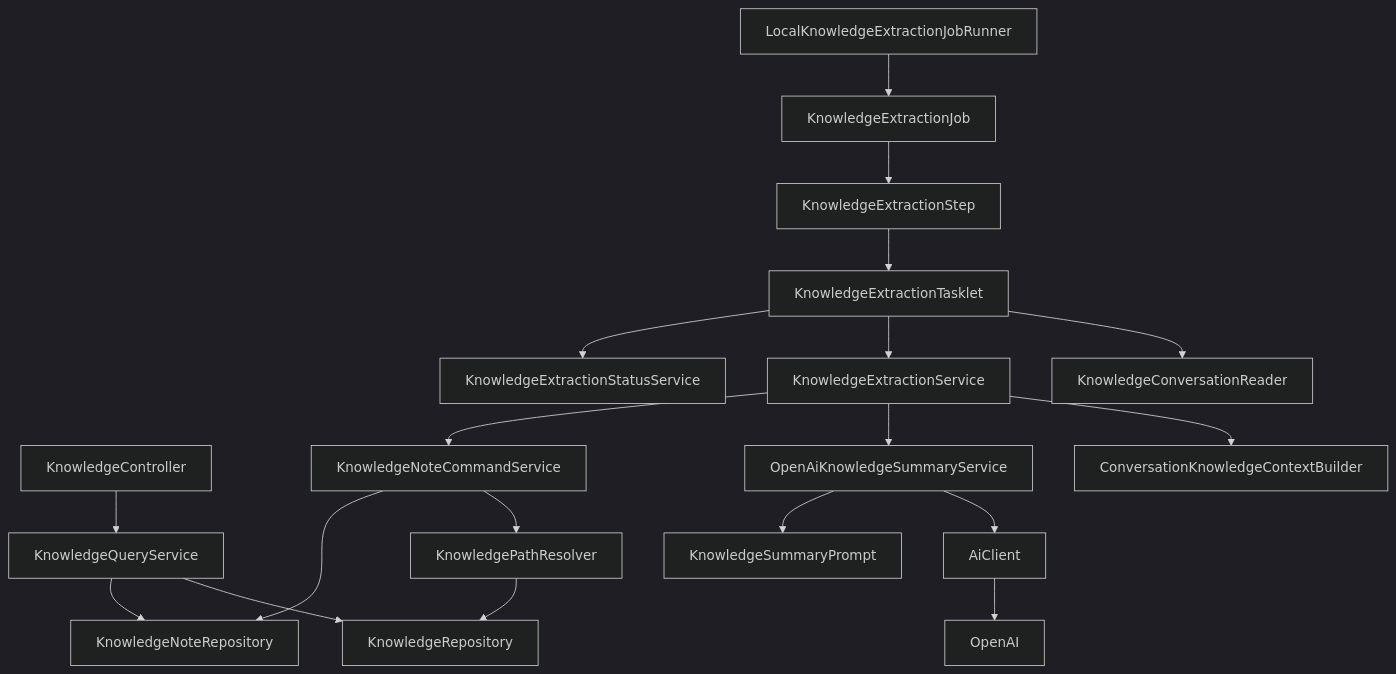
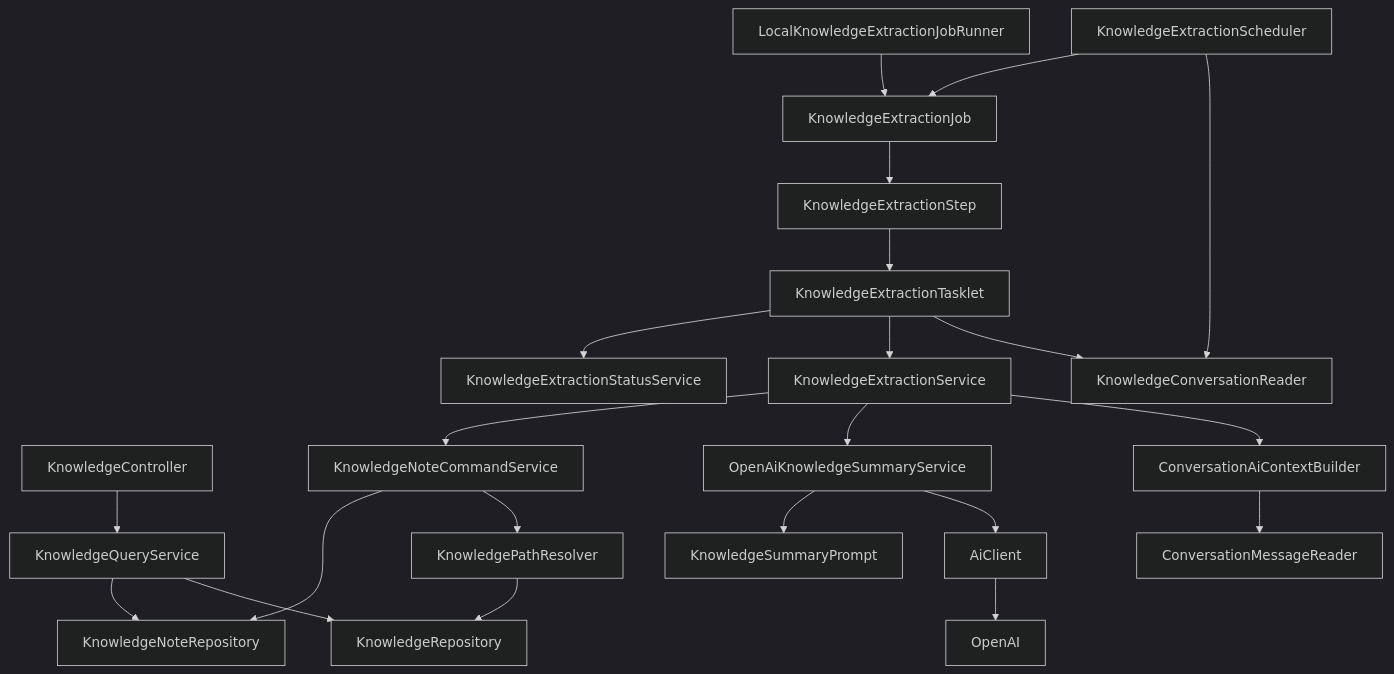
One commit to keunoh/feldbuch changed the fourth of 5 diagrams in docs/FELDBUCH_DEVELOPMENT_DOCUMENTATION.md. Above: the diagram before and after it, drawn with Mermaid (dark theme). The commit also changed other lines of this file and 1 other file, not shown here.

````diff
--- a/docs/FELDBUCH_DEVELOPMENT_DOCUMENTATION.md
+++ b/docs/FELDBUCH_DEVELOPMENT_DOCUMENTATION.md
@@ -220,24 +236,27 @@
 ```mermaid
 flowchart TD
     KnowledgeController --> KnowledgeQueryService
     KnowledgeQueryService --> KnowledgeRepository
     KnowledgeQueryService --> KnowledgeNoteRepository
 
     OpenAiKnowledgeSummaryService --> AiClient
     OpenAiKnowledgeSummaryService --> KnowledgeSummaryPrompt
     AiClient --> OpenAI
 
     KnowledgeNoteCommandService --> KnowledgePathResolver
     KnowledgePathResolver --> KnowledgeRepository
     KnowledgeNoteCommandService --> KnowledgeNoteRepository
 
+    KnowledgeExtractionScheduler --> KnowledgeConversationReader
+    KnowledgeExtractionScheduler --> KnowledgeExtractionJob
     LocalKnowledgeExtractionJobRunner --> KnowledgeExtractionJob
     KnowledgeExtractionJob --> KnowledgeExtractionStep
     KnowledgeExtractionStep --> KnowledgeExtractionTasklet
     KnowledgeExtractionTasklet --> KnowledgeConversationReader
     KnowledgeExtractionTasklet --> KnowledgeExtractionService
     KnowledgeExtractionTasklet --> KnowledgeExtractionStatusService
-    KnowledgeExtractionService --> ConversationKnowledgeContextBuilder
+    KnowledgeExtractionService --> ConversationAiContextBuilder
+    ConversationAiContextBuilder --> ConversationMessageReader
     KnowledgeExtractionService --> OpenAiKnowledgeSummaryService
     KnowledgeExtractionService --> KnowledgeNoteCommandService
 ```
````
